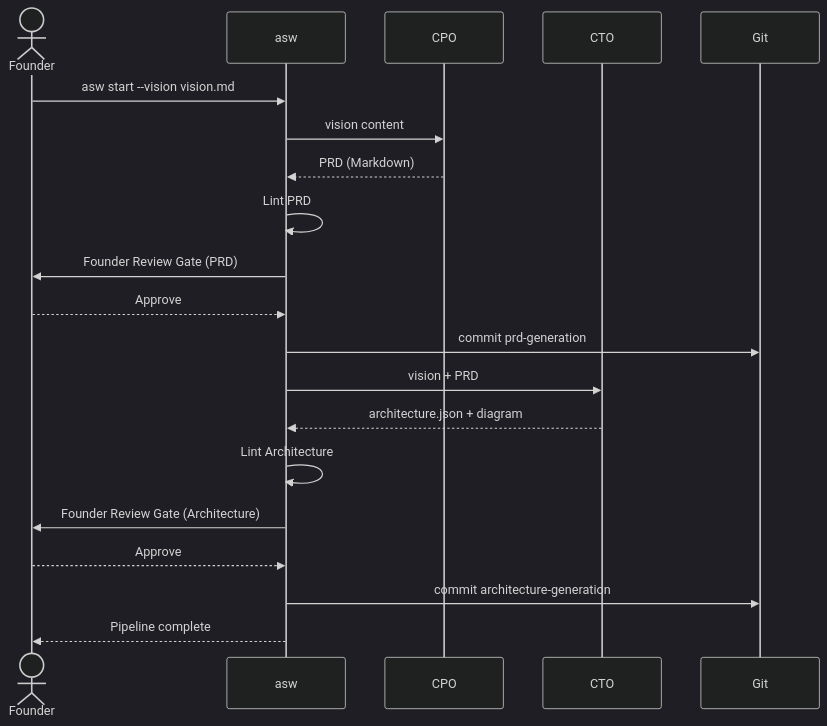
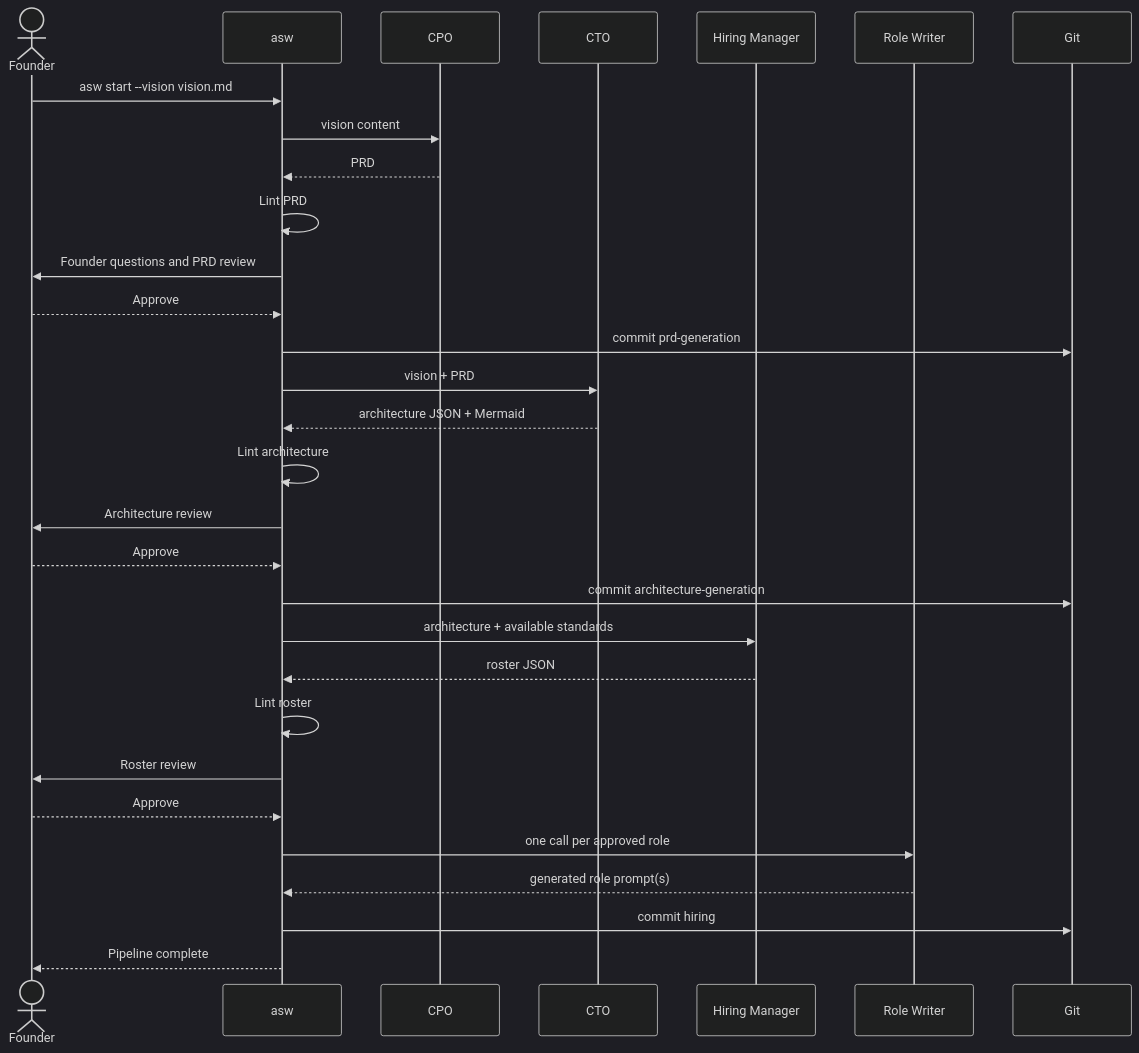
One commit to Shapedsundew9/asw changed the diagram in docs/user/tutorials/first-project.md. Above: the diagram before and after it, drawn with Mermaid. The commit also changed other lines of this file and 6 other files, not shown here.

````diff
--- a/docs/user/tutorials/first-project.md
+++ b/docs/user/tutorials/first-project.md
@@ -223,24 +259,34 @@
 ```mermaid
 %%{init: {'theme': 'dark', 'themeVariables': {'primaryColor': '#2d6a4f', 'primaryTextColor': '#d8f3dc', 'primaryBorderColor': '#52b788', 'lineColor': '#74c69d', 'secondaryColor': '#1b4332', 'tertiaryColor': '#40916c', 'edgeLabelBackground': '#1b4332'}}}%%
 sequenceDiagram
     actor Founder
     participant asw
     participant CPO
     participant CTO
+    participant HiringManager as Hiring Manager
+    participant RoleWriter as Role Writer
     participant Git
 
     Founder->>asw: asw start --vision vision.md
     asw->>CPO: vision content
-    CPO-->>asw: PRD (Markdown)
+    CPO-->>asw: PRD
     asw->>asw: Lint PRD
-    asw->>Founder: Founder Review Gate (PRD)
+    asw->>Founder: Founder questions and PRD review
     Founder-->>asw: Approve
     asw->>Git: commit prd-generation
     asw->>CTO: vision + PRD
-    CTO-->>asw: architecture.json + diagram
-    asw->>asw: Lint Architecture
-    asw->>Founder: Founder Review Gate (Architecture)
+    CTO-->>asw: architecture JSON + Mermaid
+    asw->>asw: Lint architecture
+    asw->>Founder: Architecture review
     Founder-->>asw: Approve
     asw->>Git: commit architecture-generation
+    asw->>HiringManager: architecture + available standards
+    HiringManager-->>asw: roster JSON
+    asw->>asw: Lint roster
+    asw->>Founder: Roster review
+    Founder-->>asw: Approve
+    asw->>RoleWriter: one call per approved role
+    RoleWriter-->>asw: generated role prompt(s)
+    asw->>Git: commit hiring
     asw-->>Founder: Pipeline complete
 ```
````
